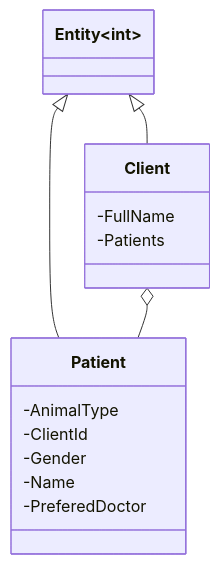
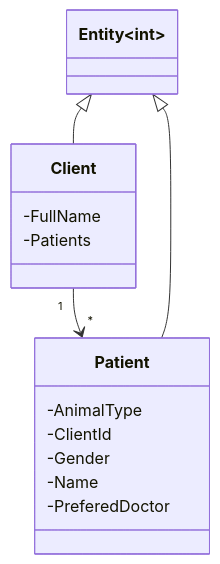
One commit to pirocorp/Object-Oriented-Design changed the first of 5 diagrams in 13. DDD/Applying Aggregates and Associations.md. Above: the diagram before and after it, drawn with Mermaid.

Commit message:
Update Applying Aggregates and Associations.md

````diff
--- a/13. DDD/Applying Aggregates and Associations.md
+++ b/13. DDD/Applying Aggregates and Associations.md
@@ -45,17 +45,18 @@
 ```mermaid
   classDiagram
+      Client "1" --> "*" Patient
+  
       Entity~int~ <|-- Client
       Entity~int~ <|-- Patient
-      Client o-- Patient
       
       class Client
       Client : -FullName
       Client : -Patients
       
       class Patient
       Patient : -AnimalType
       Patient : -ClientId
       Patient : -Gender
       Patient : -Name
       Patient : -PreferedDoctor
 ```
````
